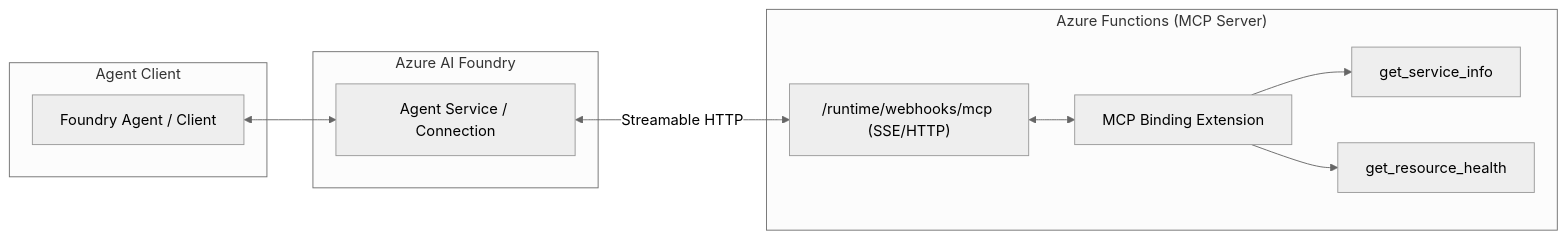
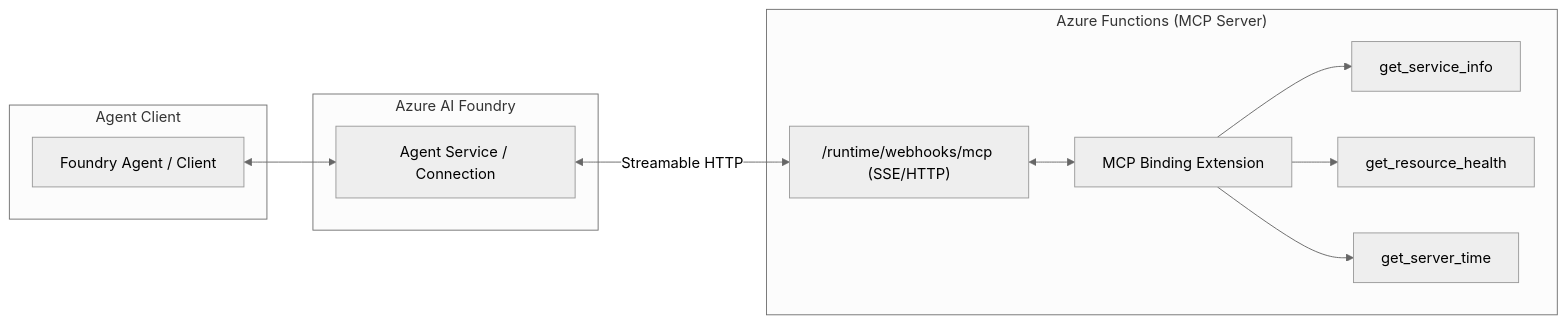
One commit to wildersa/azure_ref_kit changed the diagram in building-blocks/mcp/azure-functions-mcp-endpoint/README.md. Above: the diagram before and after it, drawn with Mermaid (neutral theme). The commit also changed other lines of this file and 3 other files, not shown here.

````diff
--- a/building-blocks/mcp/azure-functions-mcp-endpoint/README.md
+++ b/building-blocks/mcp/azure-functions-mcp-endpoint/README.md
@@ -10,23 +21,25 @@
 ```mermaid
 flowchart LR
     subgraph "Agent Client"
         Agent[Foundry Agent / Client]
     end
 
     subgraph "Azure AI Foundry"
         Foundry[Agent Service / Connection]
     end
 
     subgraph "Azure Functions (MCP Server)"
         Endpoint["/runtime/webhooks/mcp (SSE/HTTP)"]
         Extension[MCP Binding Extension]
         Tool1[get_service_info]
         Tool2[get_resource_health]
+        Tool3[get_server_time]
     end
 
     Agent <--> Foundry
     Foundry <-->|Streamable HTTP| Endpoint
     Endpoint <--> Extension
     Extension --> Tool1
     Extension --> Tool2
+    Extension --> Tool3
 ```
````
